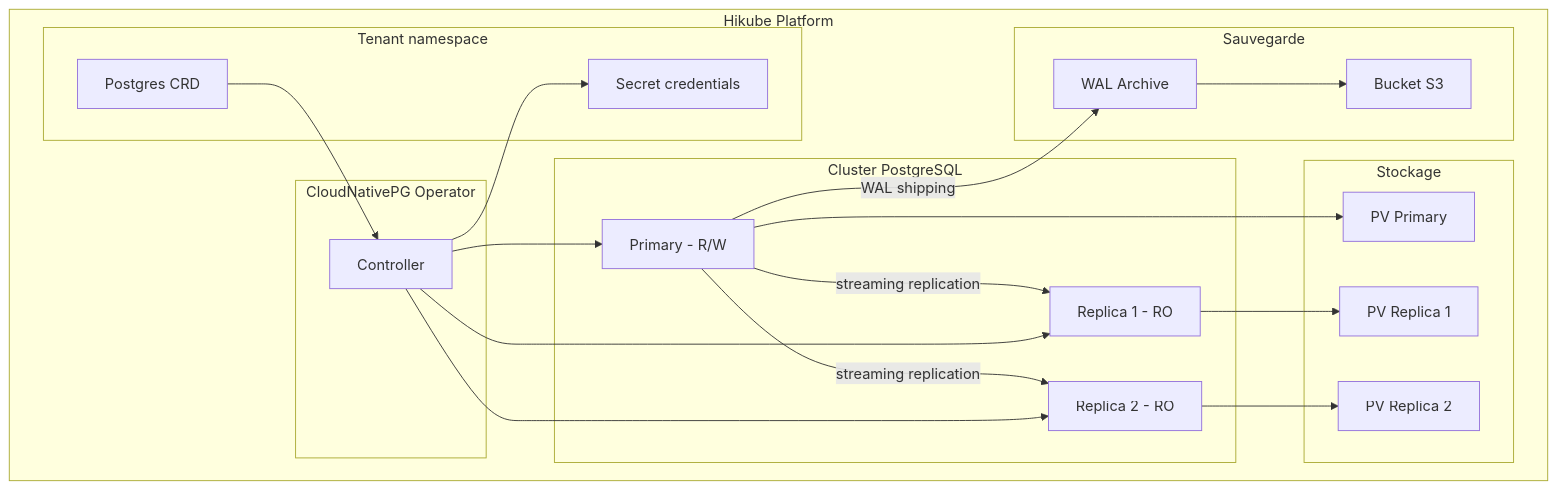
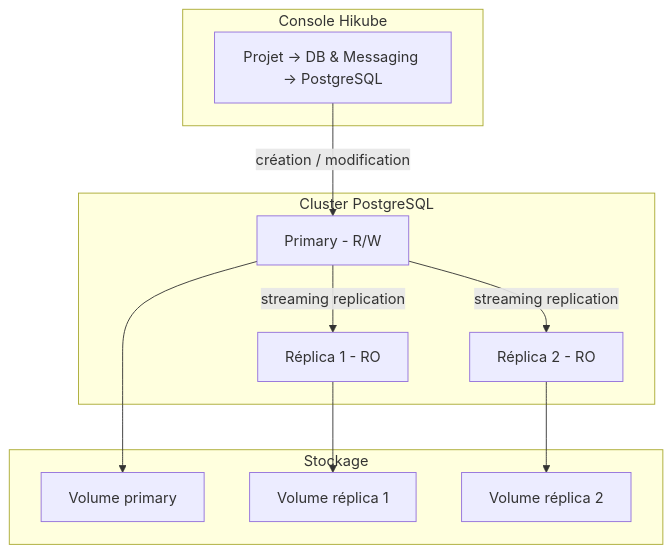
One commit to HidoraSwiss/hikube-public-doc changed the first of 2 diagrams in docs/services/databases/postgresql/concepts.md. Above: the diagram before and after it, drawn with Mermaid. The commit also changed other lines of this file and 59 other files, not shown here.

Commit message:
docs(databases): console pour PostgreSQL et Redis, MySQL renommé MariaDB, ajout de MongoDB

````diff
--- a/docs/services/databases/postgresql/concepts.md
+++ b/docs/services/databases/postgresql/concepts.md
@@ -12,43 +12,25 @@
 ```mermaid
 graph TB
-    subgraph "Hikube Platform"
-        subgraph "Tenant namespace"
-            CR[Postgres CRD]
-            SEC[Secret credentials]
-        end
-
-        subgraph "CloudNativePG Operator"
-            OP[Controller]
-        end
-
-        subgraph "Cluster PostgreSQL"
-            P[Primary - R/W]
-            R1[Replica 1 - RO]
-            R2[Replica 2 - RO]
-        end
-
-        subgraph "Stockage"
-            PV1[PV Primary]
-            PV2[PV Replica 1]
-            PV3[PV Replica 2]
-        end
-
-        subgraph "Sauvegarde"
-            S3[Bucket S3]
-            WAL[WAL Archive]
-        end
+    subgraph "Console Hikube"
+        UI[Projet → DB & Messaging → PostgreSQL]
     end
 
-    CR --> OP
-    OP --> P
-    OP --> R1
-    OP --> R2
+    subgraph "Cluster PostgreSQL"
+        P[Primary - R/W]
+        R1[Réplica 1 - RO]
+        R2[Réplica 2 - RO]
+    end
+
+    subgraph "Stockage"
+        PV1[Volume primary]
+        PV2[Volume réplica 1]
+        PV3[Volume réplica 2]
+    end
+
+    UI -->|création / modification| P
     P -->|streaming replication| R1
     P -->|streaming replication| R2
     P --> PV1
     R1 --> PV2
     R2 --> PV3
-    P -->|WAL shipping| WAL
-    WAL --> S3
-    OP --> SEC
 ```
````
